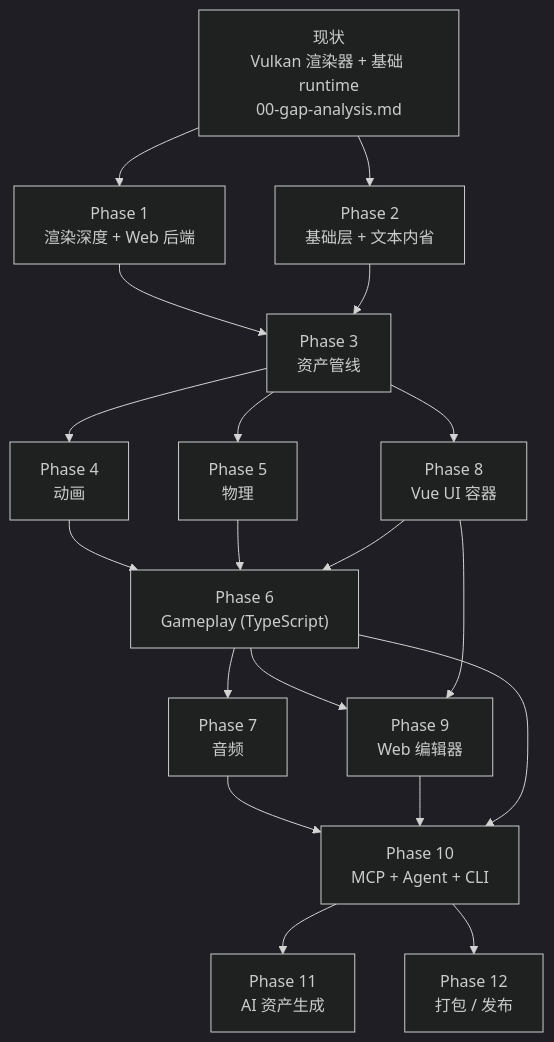
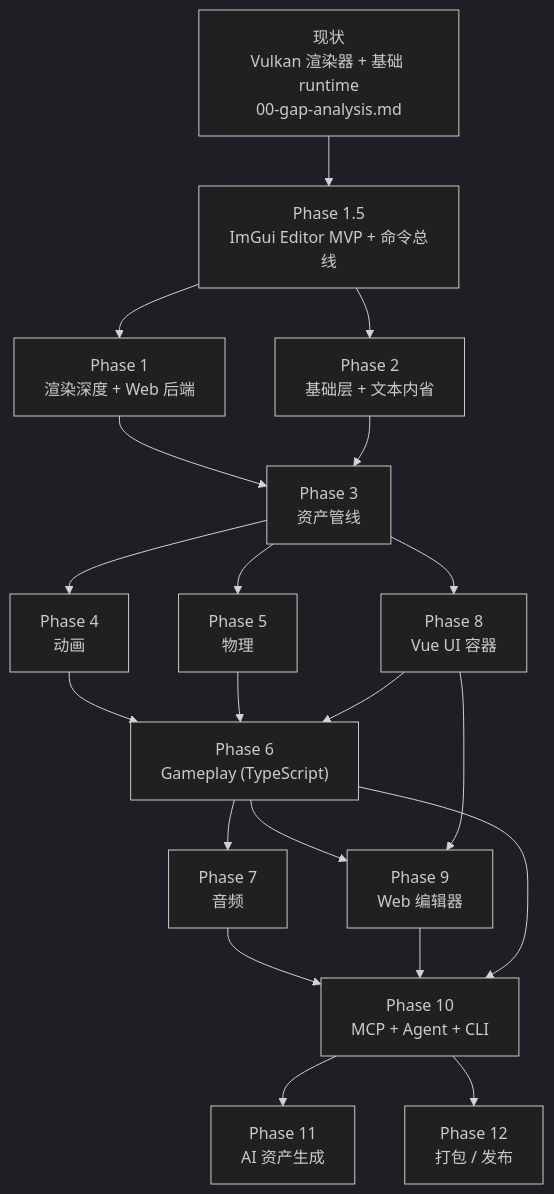
Before and after one commit to crackhopper/LXEngine: the diagram in notes/roadmaps/main-roadmap/README.md, drawn with Mermaid (dark theme). The commit also changed other lines of this file and 74 other files, not shown here.

````diff
--- a/notes/roadmaps/main-roadmap/README.md
+++ b/notes/roadmaps/main-roadmap/README.md
@@ -59,35 +66,37 @@
 ```mermaid
 flowchart TD
     current["现状<br/>Vulkan 渲染器 + 基础 runtime<br/>00-gap-analysis.md"]
+    p1_5["Phase 1.5<br/>ImGui Editor MVP + 命令总线"]
     p1["Phase 1<br/>渲染深度 + Web 后端"]
     p2["Phase 2<br/>基础层 + 文本内省"]
     p3["Phase 3<br/>资产管线"]
     p4["Phase 4<br/>动画"]
     p5["Phase 5<br/>物理"]
     p6["Phase 6<br/>Gameplay (TypeScript)"]
     p7["Phase 7<br/>音频"]
     p8["Phase 8<br/>Vue UI 容器"]
     p9["Phase 9<br/>Web 编辑器"]
     p10["Phase 10<br/>MCP + Agent + CLI"]
     p11["Phase 11<br/>AI 资产生成"]
     p12["Phase 12<br/>打包 / 发布"]
 
-    current --> p1
-    current --> p2
+    current --> p1_5
+    p1_5 --> p1
+    p1_5 --> p2
     p1 --> p3
     p2 --> p3
     p3 --> p4
     p3 --> p5
     p3 --> p8
     p4 --> p6
     p5 --> p6
     p8 --> p6
     p6 --> p7
     p6 --> p9
     p8 --> p9
     p7 --> p10
     p9 --> p10
     p6 --> p10
     p10 --> p11
     p10 --> p12
 ```
````
